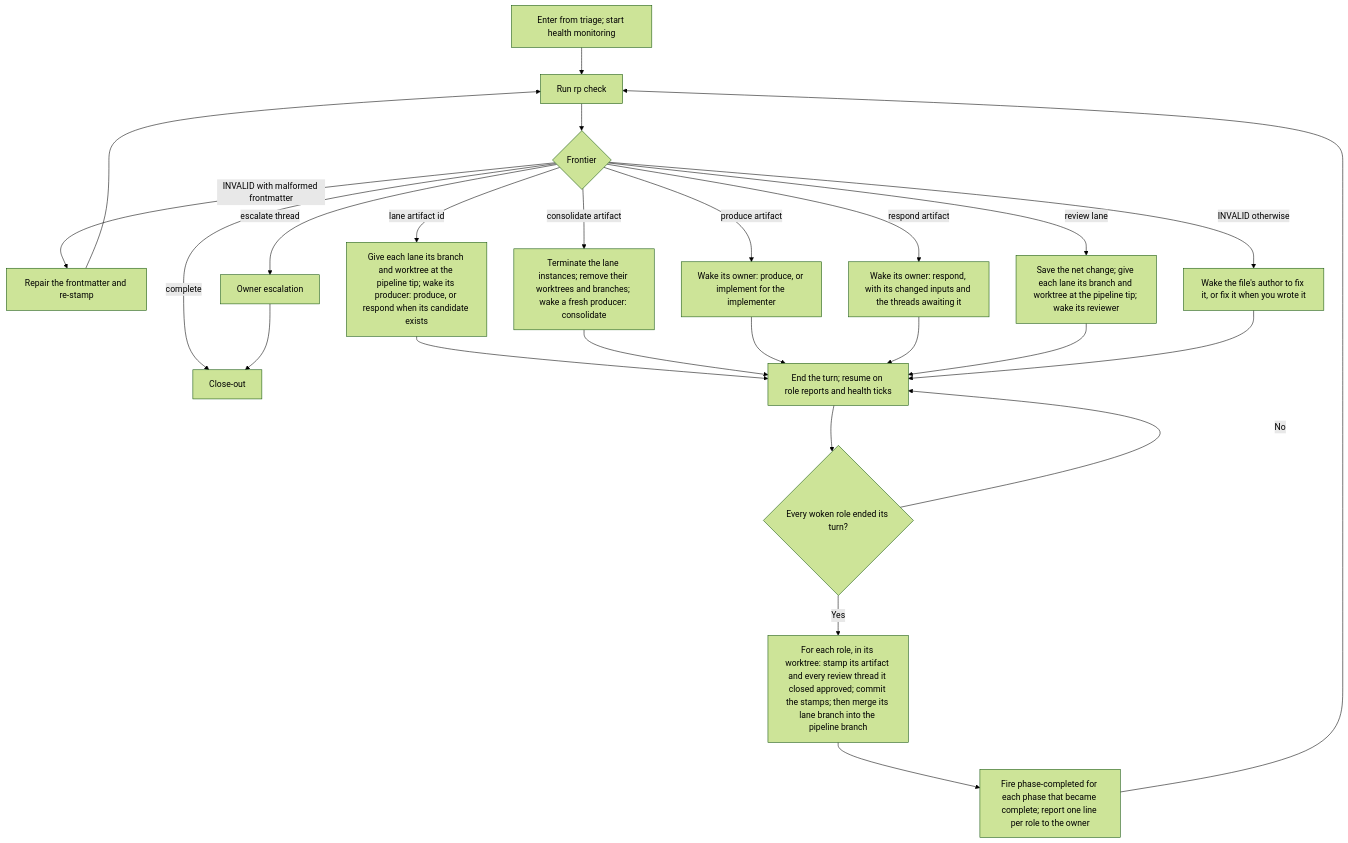
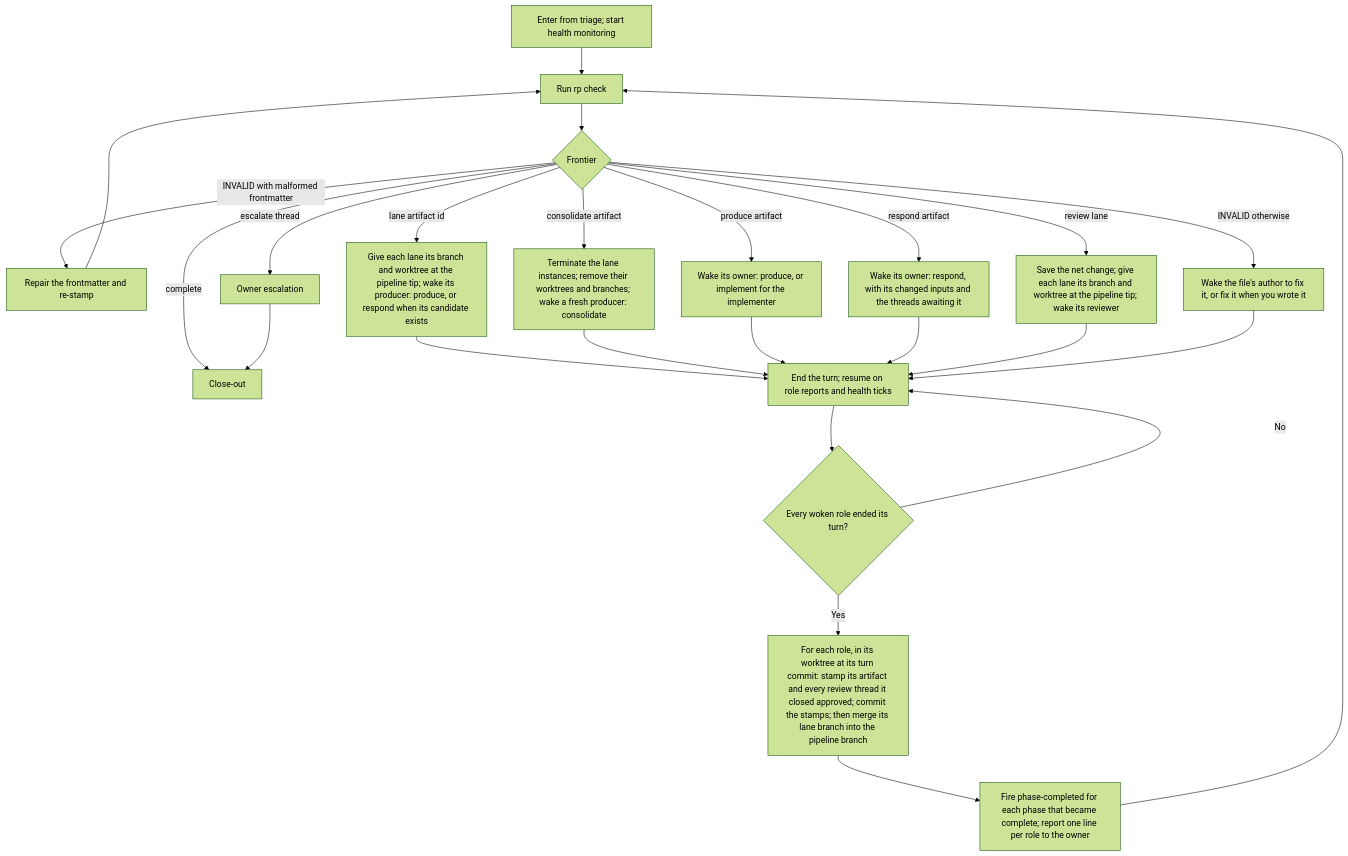
One commit to Automattic/radical-pipelines changed the diagram in docs/flowcharts/loop.md. Above: the diagram before and after it, drawn with Mermaid (forest theme). The commit also changed 16 other files, not shown here.

````diff
--- a/docs/flowcharts/loop.md
+++ b/docs/flowcharts/loop.md
@@ -5,27 +5,27 @@
 ```mermaid
 flowchart TD
     START["Enter from triage; start health monitoring"] --> A["Run rp check"]
     A --> C{"Frontier"}
     C -->|INVALID with malformed frontmatter| FM["Repair the frontmatter and re-stamp"]
     C -->|INVALID otherwise| AUTHOR["Wake the file's author to fix it, or fix it when you wrote it"]
     C -->|escalate thread| OE["Owner escalation"]
     C -->|lane artifact id| LANE["Give each lane its branch and worktree at the pipeline tip; wake its producer: produce, or respond when its candidate exists"]
     C -->|consolidate artifact| CON["Terminate the lane instances; remove their worktrees and branches; wake a fresh producer: consolidate"]
     C -->|produce artifact| PRODUCE["Wake its owner: produce, or implement for the implementer"]
     C -->|respond artifact| RESPOND["Wake its owner: respond, with its changed inputs and the threads awaiting it"]
     C -->|review lane| REVIEW["Save the net change; give each lane its branch and worktree at the pipeline tip; wake its reviewer"]
     C -->|complete| CLOSE["Close-out"]
     OE --> CLOSE
     FM --> A
     LANE --> WAIT
     CON --> WAIT
     PRODUCE --> WAIT
     RESPOND --> WAIT
     REVIEW --> WAIT
     AUTHOR --> WAIT
     WAIT["End the turn; resume on role reports and health ticks"] --> ENDED{"Every woken role ended its turn?"}
     ENDED -->|No| WAIT
-    ENDED -->|Yes| LAND["For each role, in its worktree: stamp its artifact and every review thread it closed approved; commit the stamps; then merge its lane branch into the pipeline branch"]
+    ENDED -->|Yes| LAND["For each role, in its worktree at its turn commit: stamp its artifact and every review thread it closed approved; commit the stamps; then merge its lane branch into the pipeline branch"]
     LAND --> PC["Fire phase-completed for each phase that became complete; report one line per role to the owner"]
     PC --> A
 ```
````
